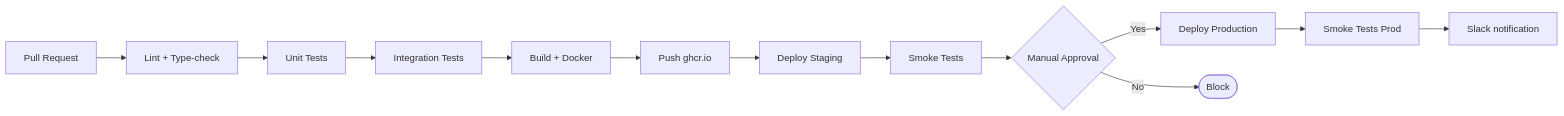
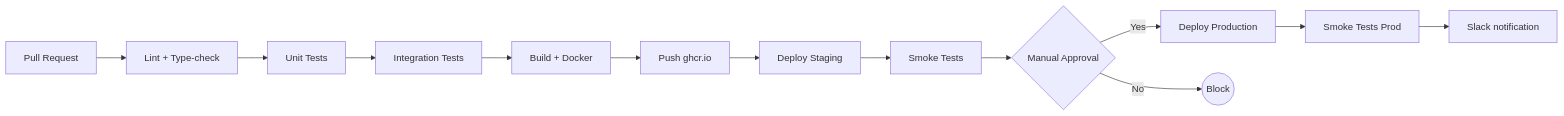
One commit to ibalasite/pet changed diagram 26 of 27 in docs/EDD.md. Above: the diagram before and after it, drawn with Mermaid. The commit also changed other lines of this file and 94 other files, not shown here.

First line of the commit message:
docs(gendoc)[STEP-30]: html — regenerate HTML site post EDD/SCHEMA/UML refresh

````diff
--- a/docs/EDD.md
+++ b/docs/EDD.md
@@ -2272,15 +2272,15 @@
 ```mermaid
 flowchart LR
     PR[Pull Request] --> Lint[Lint + Type-check]
     Lint --> Unit[Unit Tests]
     Unit --> Int[Integration Tests]
     Int --> Build[Build + Docker]
     Build --> Push[Push ghcr.io]
     Push --> Staging[Deploy Staging]
     Staging --> Smoke[Smoke Tests]
     Smoke --> Approve{Manual Approval}
     Approve -->|Yes| Prod[Deploy Production]
-    Approve -->|No| End([Block])
+    Approve -->|No| End((Block))
     Prod --> SmokeProd[Smoke Tests Prod]
     SmokeProd --> Notify[Slack notification]
 ```
````
